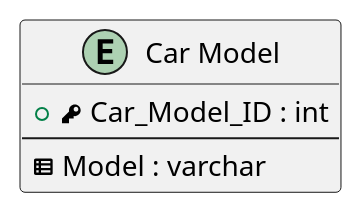
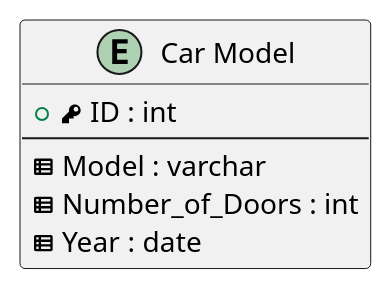
One commit to DmitryVasilkovW/ITMO-Database-design-labs-4-sem changed the diagram in Labs/Lab1/Tables/Entities/CarModels.puml. Above: the diagram before and after it, drawn with PlantUML. The commit also changed 13 other files, not shown here.

```diff
--- a/Labs/Lab1/Tables/Entities/CarModels.puml
+++ b/Labs/Lab1/Tables/Entities/CarModels.puml
@@ -1,8 +1,10 @@
 @startuml
 entity "Car Model" as carModel
 {
-  +<&key> Car_Model_ID : int
+  +<&key> ID : int
   --
   <&spreadsheet> Model : varchar
+  <&spreadsheet> Number_of_Doors : int
+  <&spreadsheet> Year : date
 }
 @enduml
```
